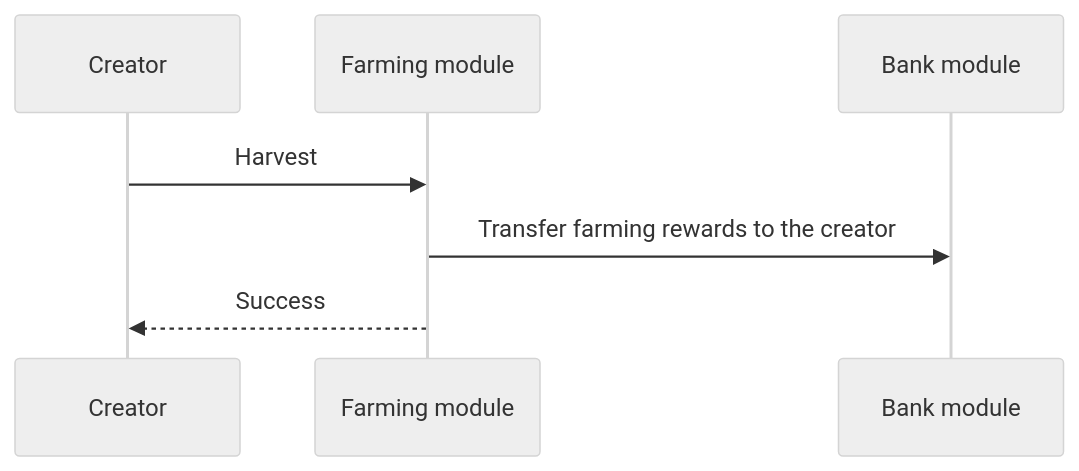
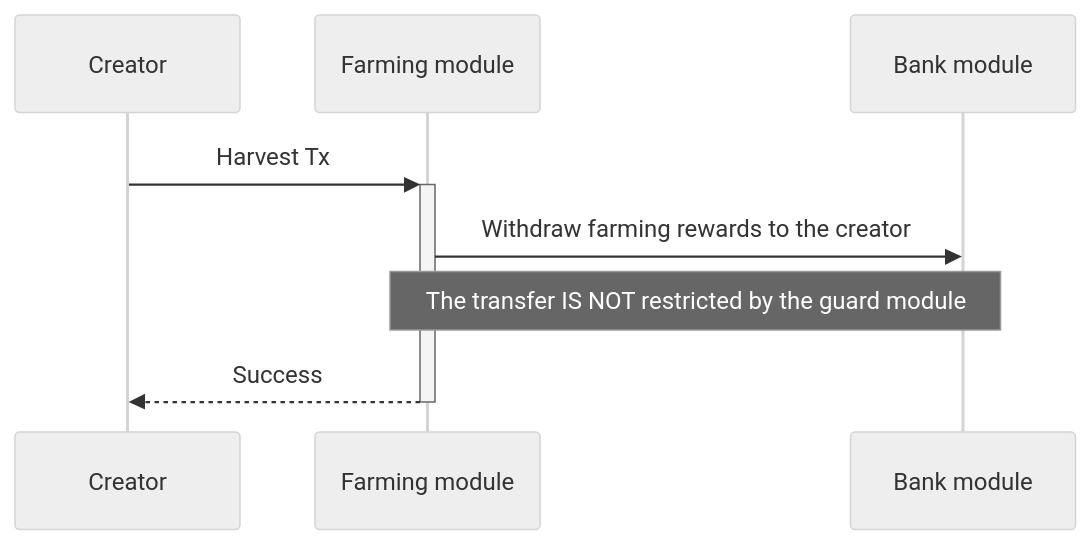
One commit to MANTRA-Chain/mantrachain changed the fifth of 7 diagrams in x/farming/spec/09_txs_flows.md. Above: the diagram before and after it, drawn with Mermaid (neutral theme). The commit also changed other lines of this file and 12 other files, not shown here.

Commit message:
docs: add update txs flows docs

````diff
--- a/x/farming/spec/09_txs_flows.md
+++ b/x/farming/spec/09_txs_flows.md
@@ -63,6 +59,7 @@
 ```mermaid
 sequenceDiagram
-Creator ->> Farming module: Harvest
-Farming module->>Bank module: Transfer farming rewards to the creator
-Farming module-->> Creator: Success
+Creator->>+Farming module: Harvest Tx
+Farming module->>Bank module: Withdraw farming rewards to the creator
+Note over Farming module, Bank module: The transfer IS NOT restricted by the guard module
+Farming module-->>-Creator: Success
 ```
````
